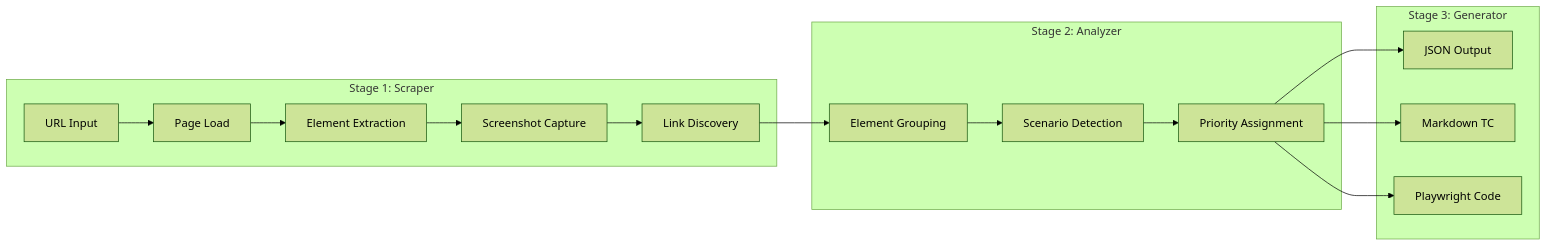
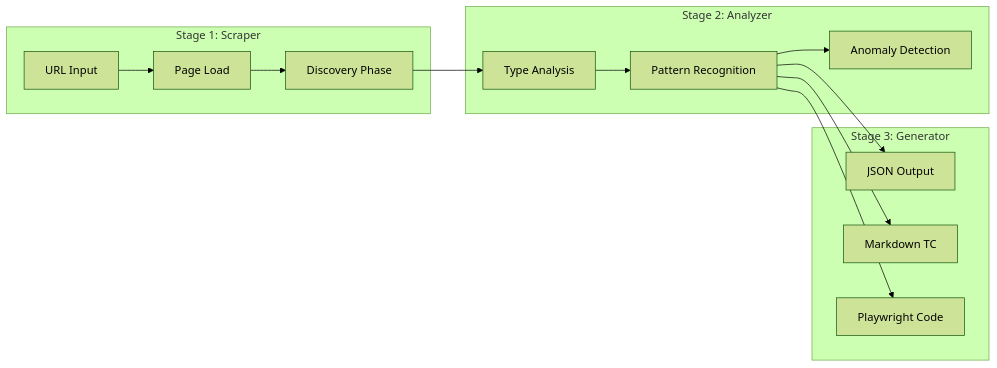
One commit to tonypark-cw/testMaker changed the first of 4 diagrams in README.md. Above: the diagram before and after it, drawn with Mermaid (forest theme). The commit also changed other lines of this file and 61 other files, not shown here.

Commit message:
[Optimize] Resolve all ESLint errors, fix production TypeScript errors, and update documentation (Phase 7)

````diff
--- a/README.md
+++ b/README.md
@@ -93,27 +92,21 @@
 ```mermaid
 flowchart LR
     subgraph Stage1["Stage 1: Scraper"]
         A[URL Input] --> B[Page Load]
-        B --> C[Element Extraction]
-        C --> D[Screenshot Capture]
-        D --> E[Link Discovery]
+        B --> C[Discovery Phase]
     end
 
     subgraph Stage2["Stage 2: Analyzer"]
-        F[Element Grouping]
-        G[Scenario Detection]
-        H[Priority Assignment]
-        F --> G --> H
+        D[Type Analysis]
+        E[Pattern Recognition]
+        F[Anomaly Detection]
+        C --> D --> E --> F
     end
 
     subgraph Stage3["Stage 3: Generator"]
-        I[JSON Output]
-        J[Markdown TC]
-        K[Playwright Code]
+        G[JSON Output]
+        H[Markdown TC]
+        I[Playwright Code]
+        E --> G & H & I
     end
-
-    E --> F
-    H --> I
-    H --> J
-    H --> K
 ```
````
